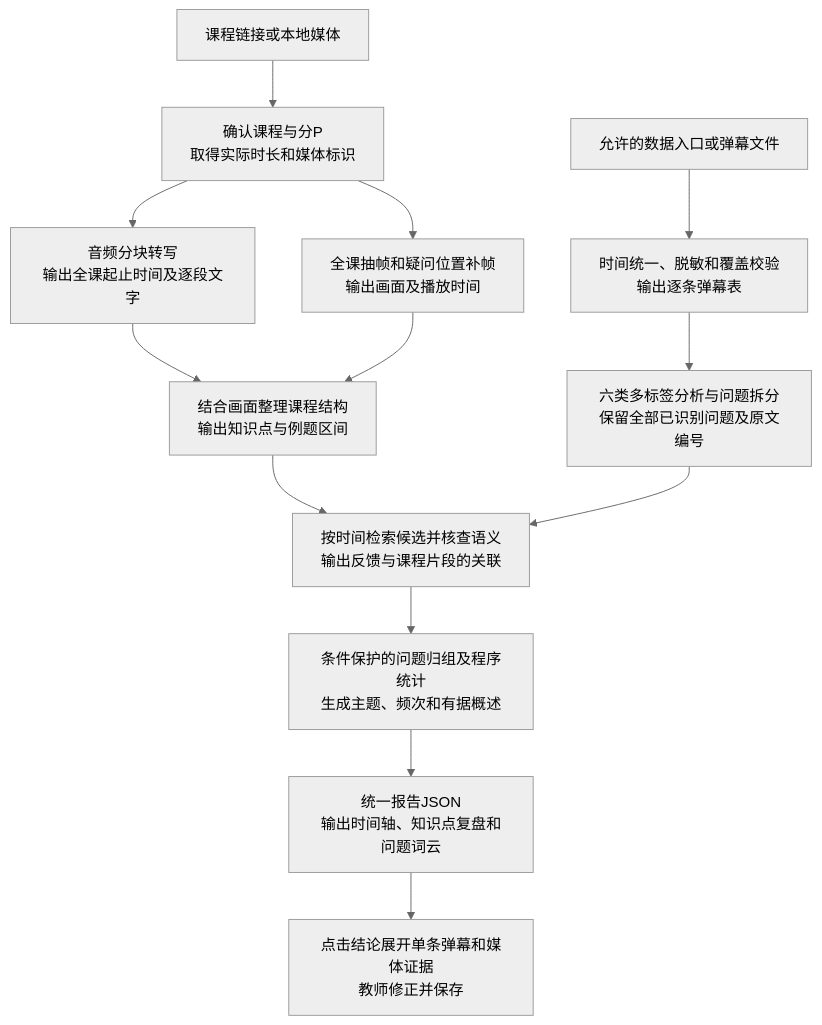
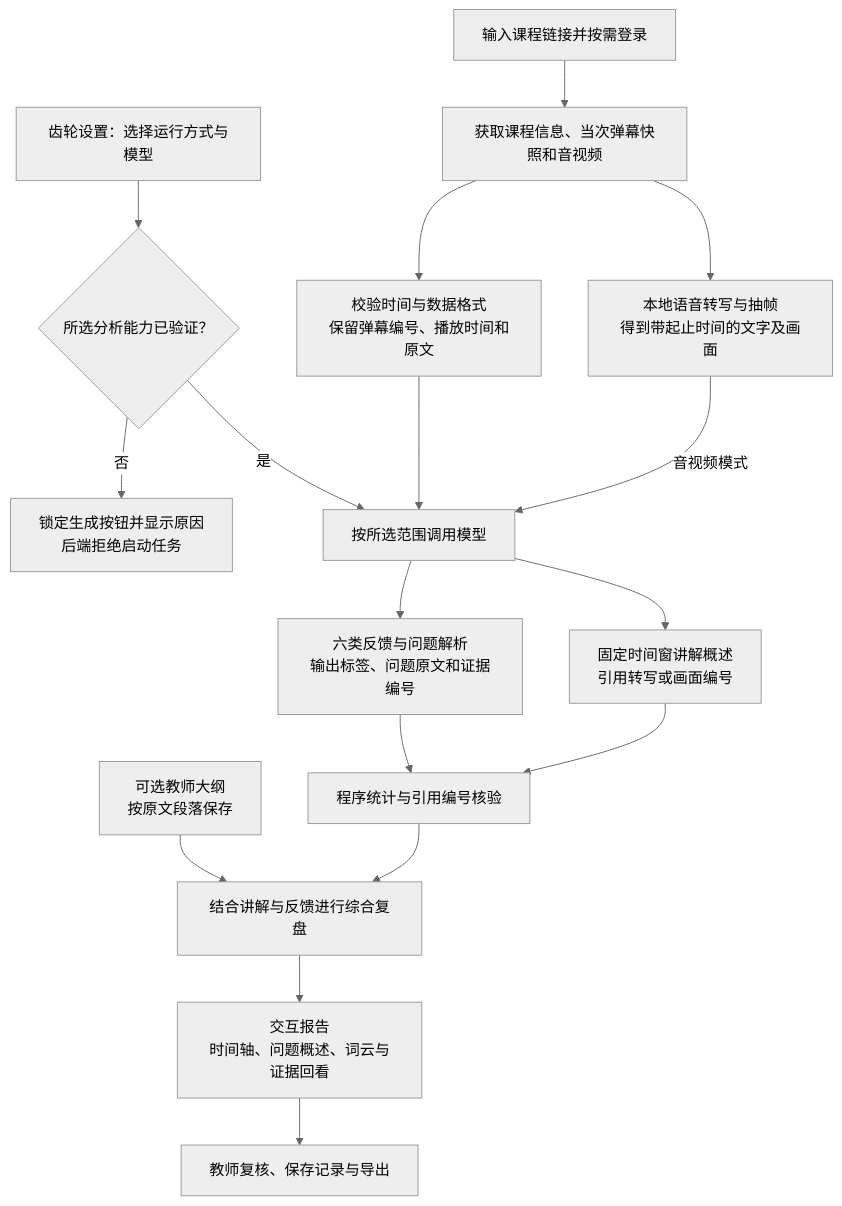
The diagram in README.md (Hyhyhyyy/course-feedback), drawn with Mermaid (neutral theme) before and after one commit. The commit also changed other lines of this file, not shown here.

````diff
--- a/README.md
+++ b/README.md
@@ -55,15 +15,26 @@
 ```mermaid
-flowchart TB
- A[课程链接或本地媒体] --> B[确认课程与分P<br/>取得实际时长和媒体标识]
- B --> C[音频分块转写<br/>输出全课起止时间及逐段文字]
- B --> D[全课抽帧和疑问位置补帧<br/>输出画面及播放时间]
- C --> E[结合画面整理课程结构<br/>输出知识点与例题区间]
- D --> E
- F[允许的数据入口或弹幕文件] --> G[时间统一、脱敏和覆盖校验<br/>输出逐条弹幕表]
- G --> H[六类多标签分析与问题拆分<br/>保留全部已识别问题及原文编号]
- E --> I[按时间检索候选并核查语义<br/>输出反馈与课程片段的关联]
- H --> I
- I --> J[条件保护的问题归组及程序统计<br/>生成主题、频次和有据概述]
- J --> K[统一报告JSON<br/>输出时间轴、知识点复盘和问题词云]
- K --> L[点击结论展开单条弹幕和媒体证据<br/>教师修正并保存]
+flowchart TD
+    A[输入课程链接并按需登录] --> B[获取课程信息、当次弹幕快照和音视频]
+    B --> C[校验时间与数据格式
+保留弹幕编号、播放时间和原文]
+    B --> D[本地语音转写与抽帧
+得到带起止时间的文字及画面]
+    M[齿轮设置：选择运行方式与模型] --> N{所选分析能力已验证？}
+    N -->|否| X[锁定生成按钮并显示原因
+后端拒绝启动任务]
+    N -->|是| E[按所选范围调用模型]
+    C --> E
+    D -->|音视频模式| E
+    E --> F[六类反馈与问题解析
+输出标签、问题原文和证据编号]
+    E --> G[固定时间窗讲解概述
+引用转写或画面编号]
+    F --> H[程序统计与引用编号核验]
+    G --> H
+    S[可选教师大纲
+按原文段落保存] --> I[结合讲解与反馈进行综合复盘]
+    H --> I
+    I --> J[交互报告
+时间轴、问题概述、词云与证据回看]
+    J --> K[教师复核、保存记录与导出]
 ```
````
